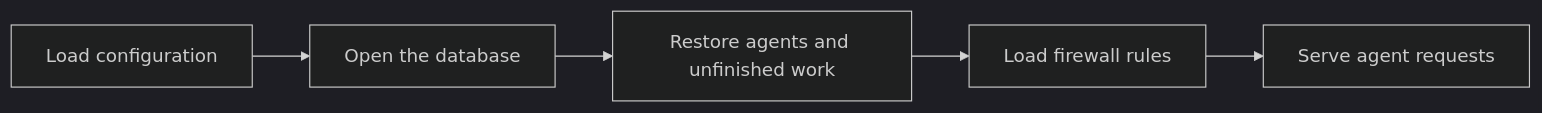
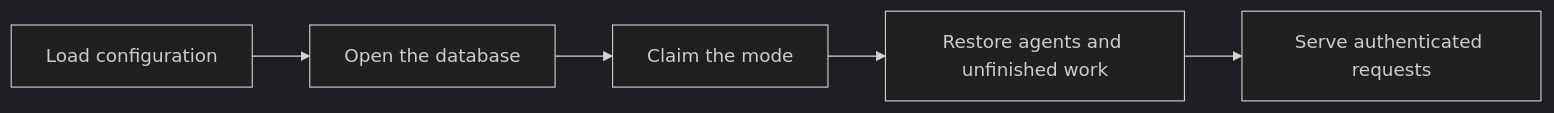
One commit to chughtapan/moltzap-staging changed the first of 3 diagrams in packages/social-harness/src/harness/README.md. Above: the diagram before and after it, drawn with Mermaid (dark theme). The commit also changed other lines of this file and 12 other files, not shown here.

````diff
--- a/packages/social-harness/src/harness/README.md
+++ b/packages/social-harness/src/harness/README.md
@@ -8,7 +10,7 @@
 ```mermaid
 flowchart LR
   A[Load configuration] --> B[Open the database]
-  B --> C[Restore agents and unfinished work]
-  C --> D[Load firewall rules]
-  D --> E[Serve agent requests]
+  B --> C[Claim the mode]
+  C --> D[Restore agents and unfinished work]
+  D --> E[Serve authenticated requests]
 ```
````
